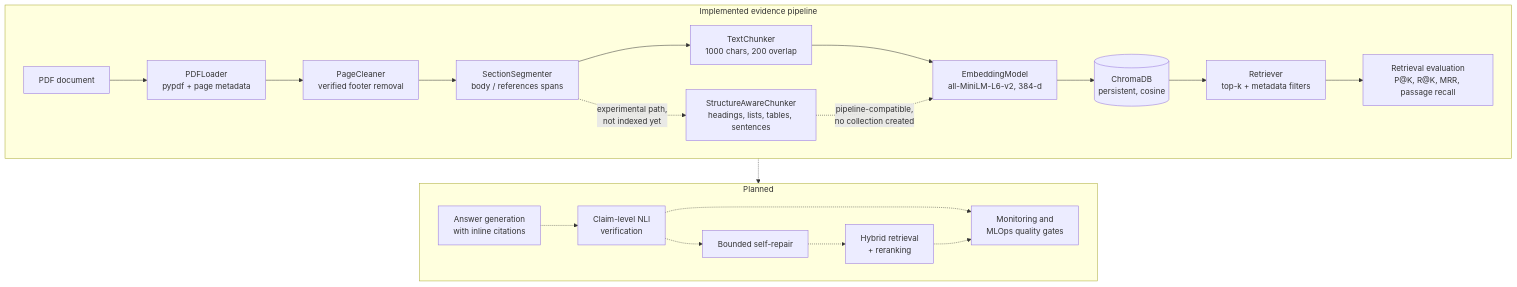
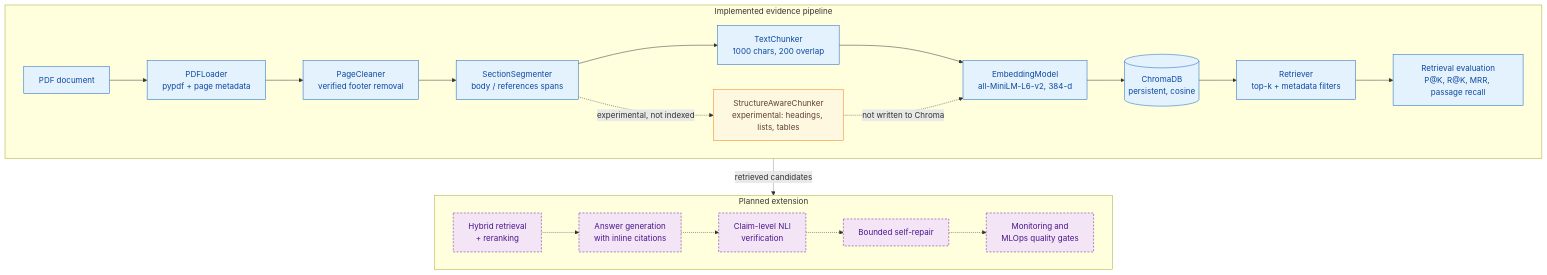
The diagram in README.md (soniyaLama0/EvidenceRAG), drawn with Mermaid before and after one commit.

Commit message:
docs: correct EvidenceRAG architecture diagram

````diff
--- a/README.md
+++ b/README.md
@@ -75,38 +75,43 @@
 ```mermaid
 flowchart TB
     subgraph IMPL["Implemented evidence pipeline"]
         direction LR
         PDF["PDF document"]
         LOADER["PDFLoader<br/>pypdf + page metadata"]
         CLEANER["PageCleaner<br/>verified footer removal"]
         SEG["SectionSegmenter<br/>body / references spans"]
         TC["TextChunker<br/>1000 chars, 200 overlap"]
-        SAC["StructureAwareChunker<br/>headings, lists, tables, sentences"]
+        SAC["StructureAwareChunker<br/>experimental: headings, lists, tables"]
         EMB["EmbeddingModel<br/>all-MiniLM-L6-v2, 384-d"]
         STORE[("ChromaDB<br/>persistent, cosine")]
         RET["Retriever<br/>top-k + metadata filters"]
         EVAL["Retrieval evaluation<br/>P@K, R@K, MRR, passage recall"]
 
         PDF --> LOADER --> CLEANER --> SEG
         SEG --> TC --> EMB
-        SEG -.->|"experimental path,<br/>not indexed yet"| SAC
+        SEG -.->|"experimental, not indexed"| SAC
+        SAC -.->|"not written to Chroma"| EMB
         EMB --> STORE --> RET --> EVAL
-        SAC -.->|"pipeline-compatible,<br/>no collection created"| EMB
     end
 
-    subgraph PLAN["Planned"]
+    subgraph PLAN["Planned extension"]
         direction LR
+        HYB["Hybrid retrieval<br/>+ reranking"]
         GEN["Answer generation<br/>with inline citations"]
         NLI["Claim-level NLI<br/>verification"]
         REPAIR["Bounded self-repair"]
-        HYB["Hybrid retrieval<br/>+ reranking"]
         MLOPS["Monitoring and<br/>MLOps quality gates"]
+
+        HYB -.-> GEN -.-> NLI -.-> REPAIR -.-> MLOPS
     end
 
-    RET -.-> GEN
-    GEN -.-> NLI
-    NLI -.-> REPAIR
-    REPAIR -.-> HYB
-    NLI -.-> MLOPS
-    HYB -.-> MLOPS
+    RET -.->|"retrieved candidates"| HYB
+
+    classDef implemented fill:#E3F2FD,stroke:#1565C0,stroke-width:1px,color:#0D47A1
+    classDef experimental fill:#FFF8E1,stroke:#F57F17,stroke-width:1px,color:#5D4037
+    classDef planned fill:#F3E5F5,stroke:#6A1B9A,stroke-width:1px,stroke-dasharray:4 3,color:#4A148C
+
+    class PDF,LOADER,CLEANER,SEG,TC,EMB,STORE,RET,EVAL implemented
+    class SAC experimental
+    class HYB,GEN,NLI,REPAIR,MLOPS planned
 ```
````
